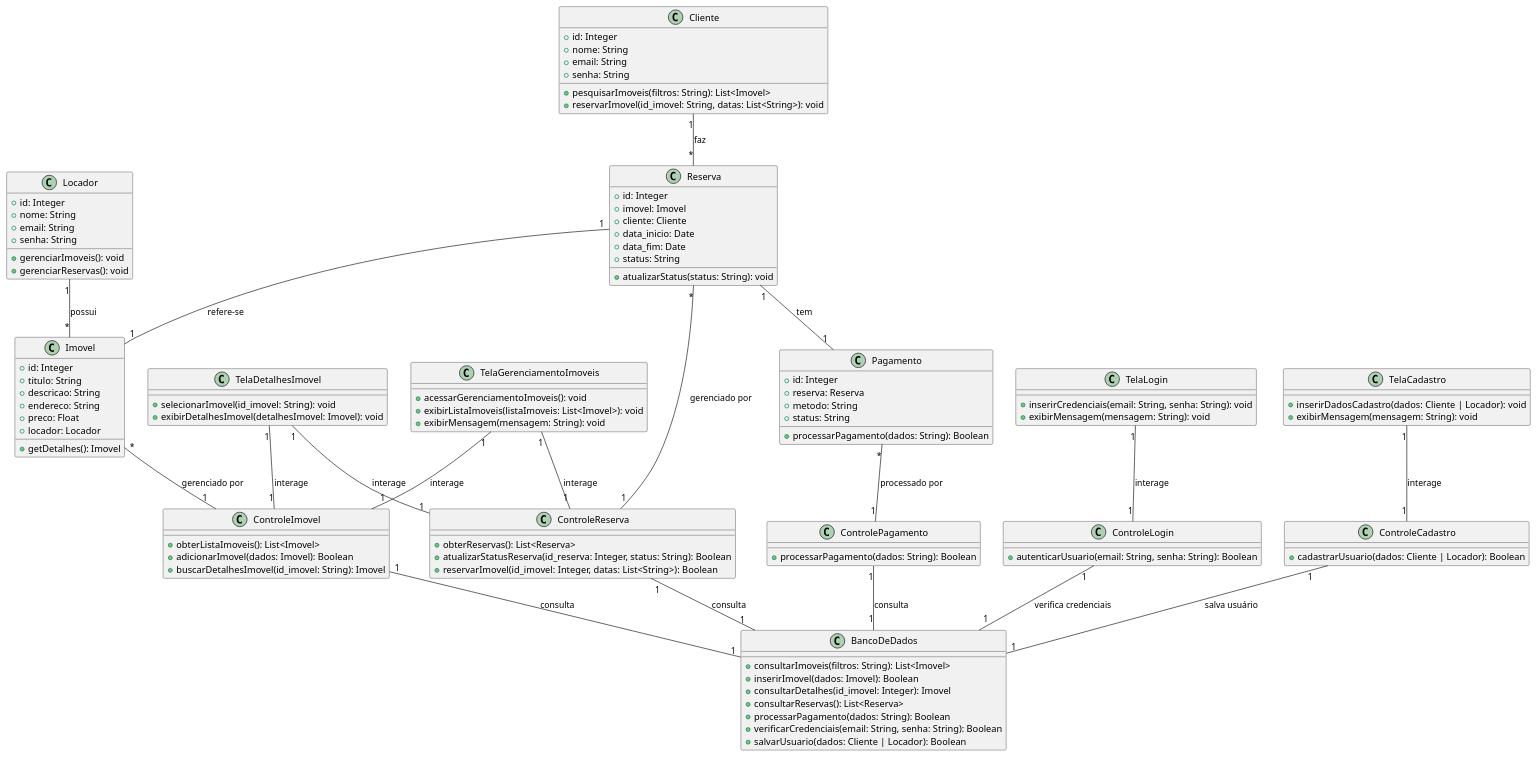
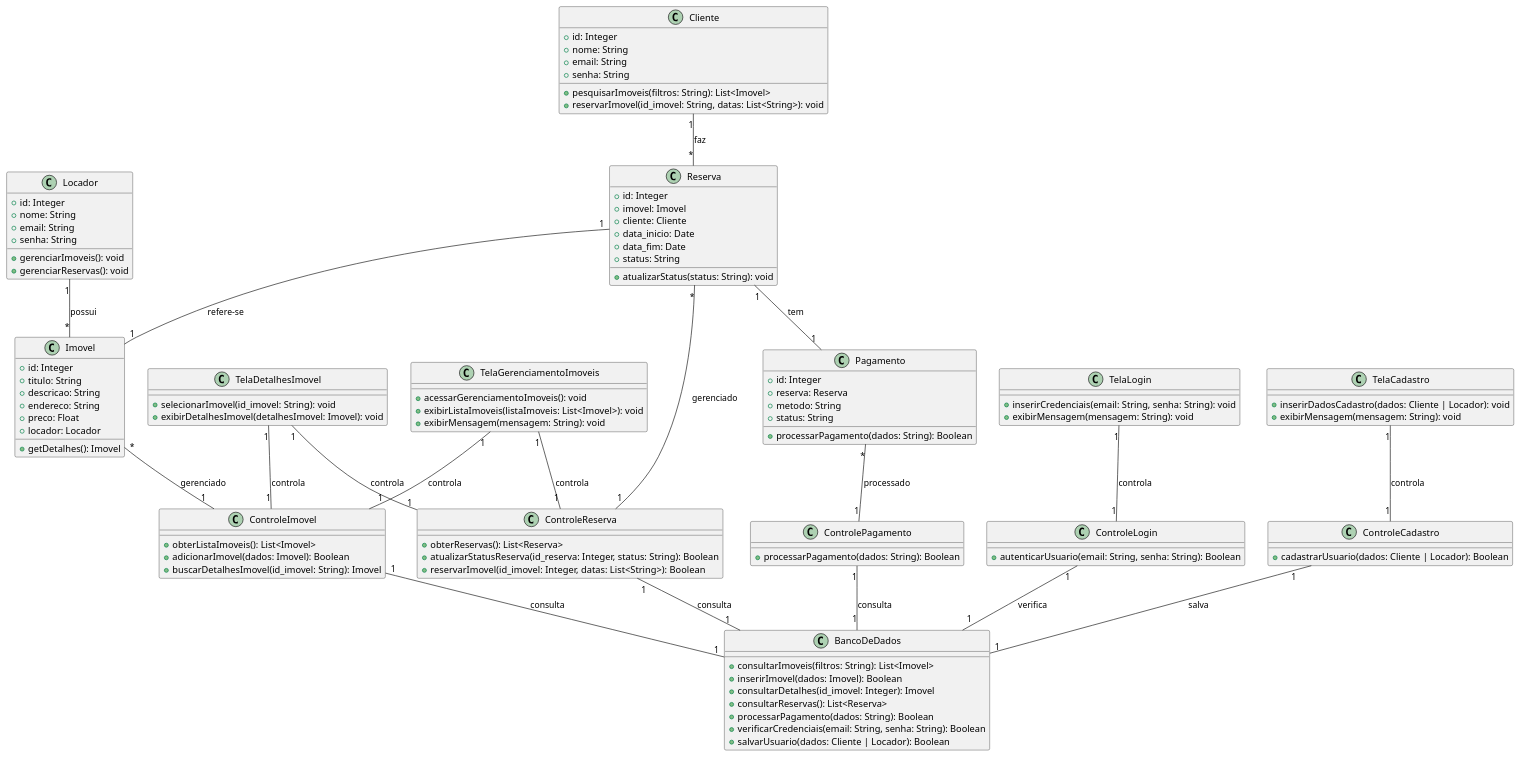
The diagram in PROJETO APS/classes.iuml (clarameira/SistemaImoveis), drawn with PlantUML before and after one commit.

Commit message:
Redefinindo nomenclaturas.

```diff
--- a/PROJETO APS/classes.iuml
+++ b/PROJETO APS/classes.iuml
@@ -1,124 +1,124 @@
 @startuml
 
 class Locador {
     +id: Integer
     +nome: String
     +email: String
     +senha: String
     +gerenciarImoveis(): void
     +gerenciarReservas(): void
 }
 
 class Cliente {
     +id: Integer
     +nome: String
     +email: String
     +senha: String
     +pesquisarImoveis(filtros: String): List<Imovel>
     +reservarImovel(id_imovel: String, datas: List<String>): void
 }
 
 class Imovel {
     +id: Integer
     +titulo: String
     +descricao: String
     +endereco: String
     +preco: Float
     +locador: Locador
     +getDetalhes(): Imovel
 }
 
 class Reserva {
     +id: Integer
     +imovel: Imovel
     +cliente: Cliente
     +data_inicio: Date
     +data_fim: Date
     +status: String
     +atualizarStatus(status: String): void
 }
 
 class Pagamento {
     +id: Integer
     +reserva: Reserva
     +metodo: String
     +status: String
     +processarPagamento(dados: String): Boolean
 }
 
 class ControleImovel {
     +obterListaImoveis(): List<Imovel>
     +adicionarImovel(dados: Imovel): Boolean
     +buscarDetalhesImovel(id_imovel: String): Imovel
 }
 
 class ControleReserva {
     +obterReservas(): List<Reserva>
     +atualizarStatusReserva(id_reserva: Integer, status: String): Boolean
     +reservarImovel(id_imovel: Integer, datas: List<String>): Boolean
 }
 
 class ControlePagamento {
     +processarPagamento(dados: String): Boolean
 }
 
 class ControleLogin {
     +autenticarUsuario(email: String, senha: String): Boolean
 }
 
 class ControleCadastro {
     +cadastrarUsuario(dados: Cliente | Locador): Boolean
 }
 
 class BancoDeDados {
     +consultarImoveis(filtros: String): List<Imovel>
     +inserirImovel(dados: Imovel): Boolean
     +consultarDetalhes(id_imovel: Integer): Imovel
     +consultarReservas(): List<Reserva>
     +processarPagamento(dados: String): Boolean
     +verificarCredenciais(email: String, senha: String): Boolean
     +salvarUsuario(dados: Cliente | Locador): Boolean
 }
 
 class TelaGerenciamentoImoveis {
     +acessarGerenciamentoImoveis(): void
     +exibirListaImoveis(listaImoveis: List<Imovel>): void
     +exibirMensagem(mensagem: String): void
 }
 
 class TelaDetalhesImovel {
     +selecionarImovel(id_imovel: String): void
     +exibirDetalhesImovel(detalhesImovel: Imovel): void
 }
 
 class TelaLogin {
     +inserirCredenciais(email: String, senha: String): void
     +exibirMensagem(mensagem: String): void
 }
 
 class TelaCadastro {
     +inserirDadosCadastro(dados: Cliente | Locador): void
     +exibirMensagem(mensagem: String): void
 }
 
 Locador "1" -- "*" Imovel: possui
 Cliente "1" -- "*" Reserva: faz
 Reserva "1" -- "1" Imovel: refere-se
 Reserva "1" -- "1" Pagamento: tem
-Imovel "*" -- "1" ControleImovel: gerenciado por
-Reserva "*" -- "1" ControleReserva: gerenciado por
-Pagamento "*" -- "1" ControlePagamento: processado por
+Imovel "*" -- "1" ControleImovel: gerenciado 
+Reserva "*" -- "1" ControleReserva: gerenciado 
+Pagamento "*" -- "1" ControlePagamento: processado 
 ControleImovel "1" -- "1" BancoDeDados: consulta
 ControleReserva "1" -- "1" BancoDeDados: consulta
 ControlePagamento "1" -- "1" BancoDeDados: consulta
-ControleLogin "1" -- "1" BancoDeDados: verifica credenciais
-ControleCadastro "1" -- "1" BancoDeDados: salva usuário
+ControleLogin "1" -- "1" BancoDeDados: verifica 
+ControleCadastro "1" -- "1" BancoDeDados: salva 
 
-TelaGerenciamentoImoveis "1" -- "1" ControleImovel: interage
-TelaGerenciamentoImoveis "1" -- "1" ControleReserva: interage
-TelaDetalhesImovel "1" -- "1" ControleImovel: interage
-TelaDetalhesImovel "1" -- "1" ControleReserva: interage
-TelaLogin "1" -- "1" ControleLogin: interage
-TelaCadastro "1" -- "1" ControleCadastro: interage
+TelaGerenciamentoImoveis "1" -- "1" ControleImovel: controla
+TelaGerenciamentoImoveis "1" -- "1" ControleReserva: controla
+TelaDetalhesImovel "1" -- "1" ControleImovel: controla
+TelaDetalhesImovel "1" -- "1" ControleReserva: controla
+TelaLogin "1" -- "1" ControleLogin: controla
+TelaCadastro "1" -- "1" ControleCadastro: controla
 
 @enduml
```
